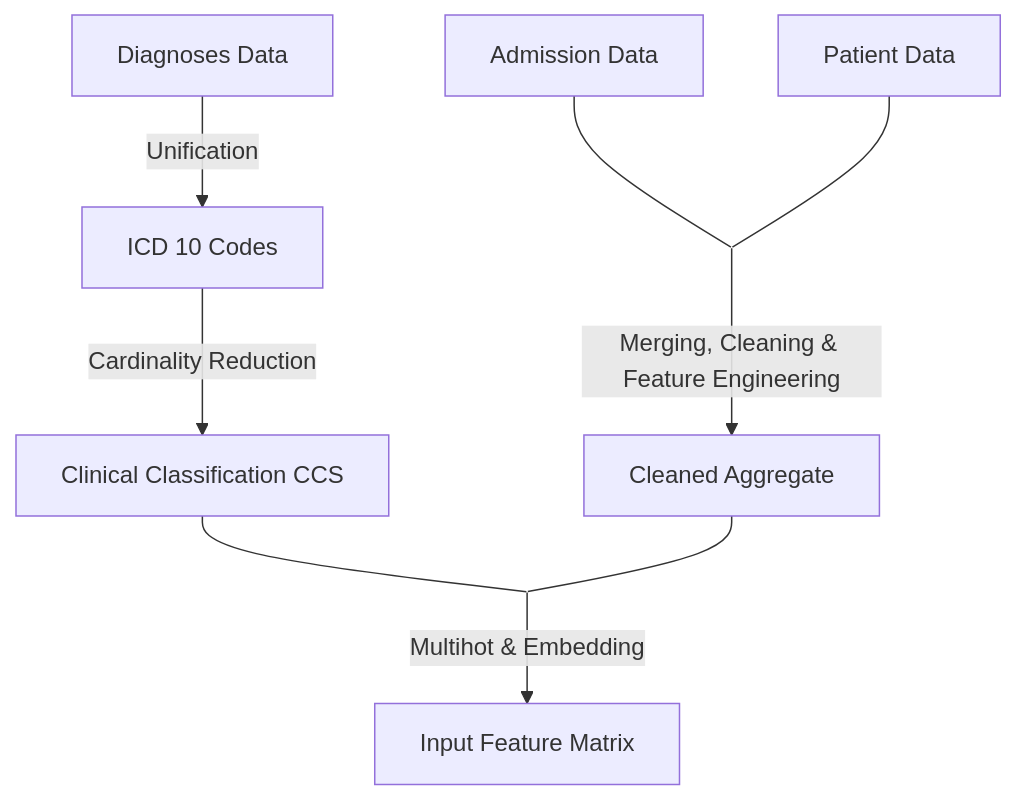
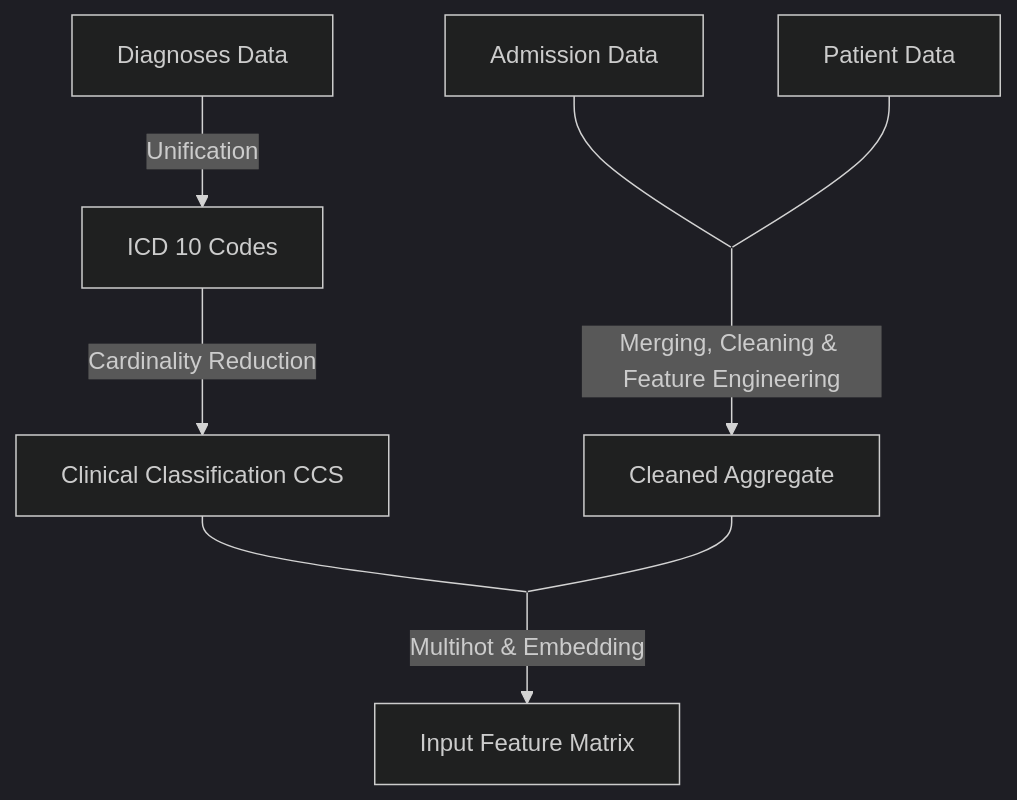
Before and after one commit to miguelalburo/TARNIB: the diagram in README.md, drawn with Mermaid.

Commit message:
Add mermaid configuration to README flowchart
Updated README to include mermaid configuration for flowchart.

````diff
--- a/README.md
+++ b/README.md
@@ -9,26 +9,30 @@
-```{mermaid}
+```mermaid
+---
+config:
+  theme: dark
+---
 flowchart TB
 
     diagnoses["Diagnoses Data"]
     admissions["Admission Data"]
     patients["Patient Data"]
     icd10["ICD 10 Codes"]
     ccs["Clinical Classification CCS"]
     feature["Input Feature Matrix"]
     long[ ]:::empty
     merged["Cleaned Aggregate"]
     wide[ ]:::empty
 
     
     admissions --- long
     patients --- long
     long --"Merging, Cleaning & Feature Engineering"--> merged
     diagnoses --"Unification"--> icd10
     icd10 --"Cardinality Reduction"-->ccs
     ccs --- wide
     merged --- wide
     wide --"Multihot & Embedding"--> feature
     
 
     classDef empty width:1px,height:1px,fill:transparent,stroke:transparent;
 ```
````
